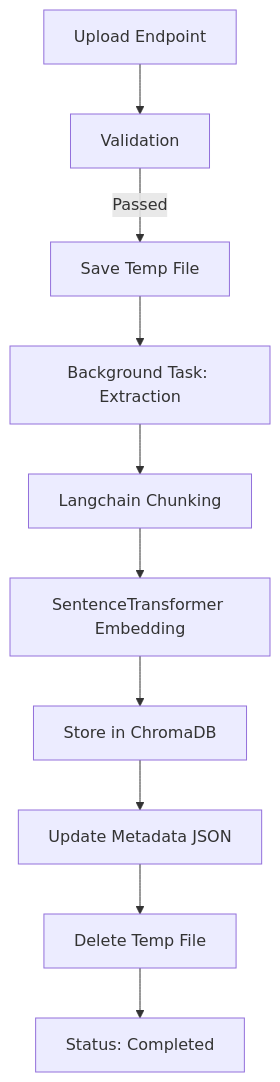
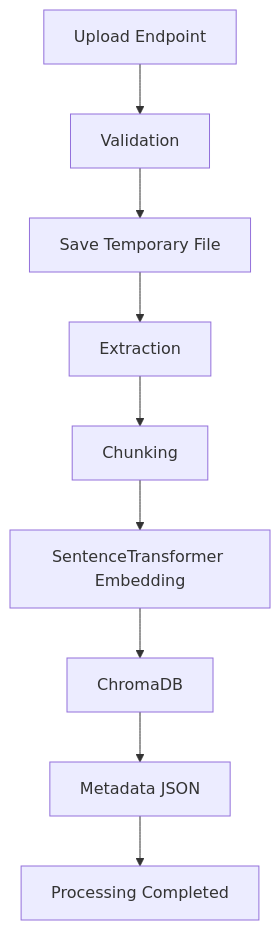
One commit to poojithamalaparaju-ctrl/Development-of-AI-Based-Knowledge-Retrieval-Platform-with-Query-Resolution-System changed the sixth of 7 diagrams in PROJECT_GUIDE.md. Above: the diagram before and after it, drawn with Mermaid. The commit also changed other lines of this file and 26 other files, not shown here.

````diff
--- a/PROJECT_GUIDE.md
+++ b/PROJECT_GUIDE.md
@@ -478,12 +644,11 @@
 ```mermaid
 graph TD
     A[Upload Endpoint] --> B[Validation]
-    B -->|Passed| C[Save Temp File]
-    C --> D[Background Task: Extraction]
-    D --> E[Langchain Chunking]
+    B --> C[Save Temporary File]
+    C --> D[Extraction]
+    D --> E[Chunking]
     E --> F[SentenceTransformer Embedding]
-    F --> G[Store in ChromaDB]
-    G --> H[Update Metadata JSON]
-    H --> I[Delete Temp File]
-    I --> J[Status: Completed]
+    F --> G[ChromaDB]
+    G --> H[Metadata JSON]
+    H --> I[Processing Completed]
 ```
````
